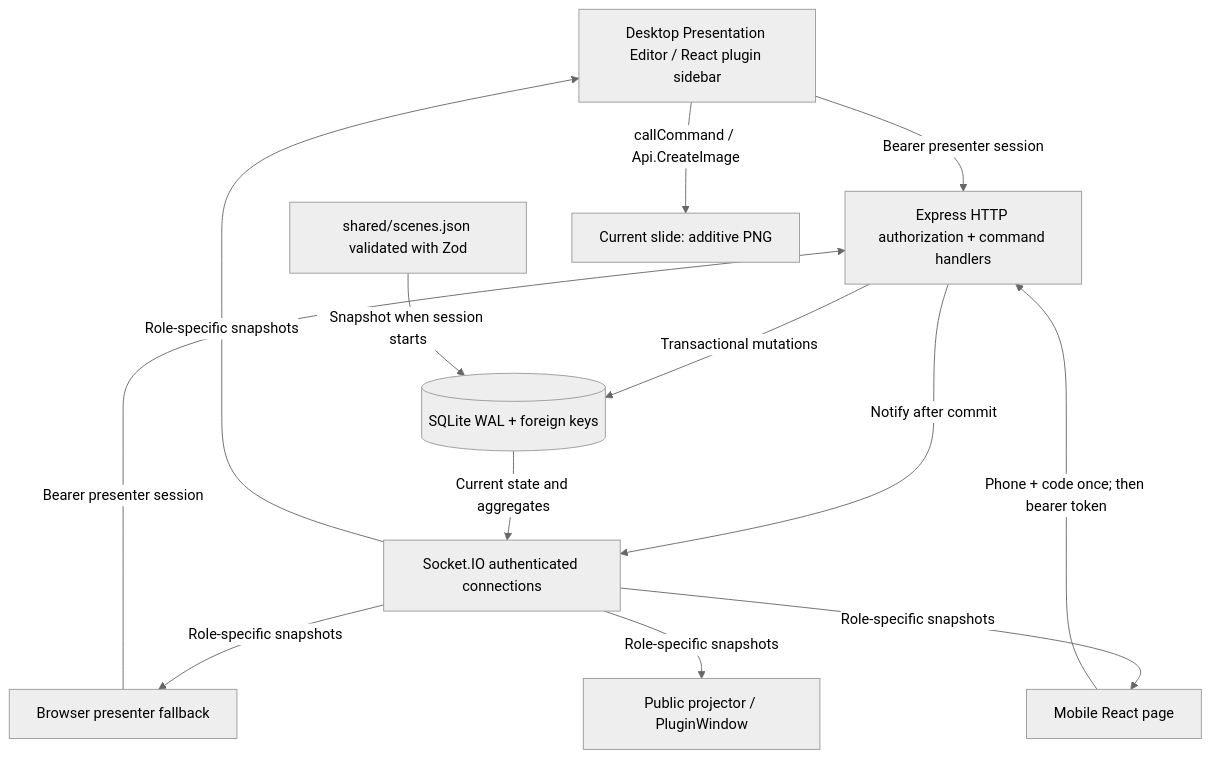
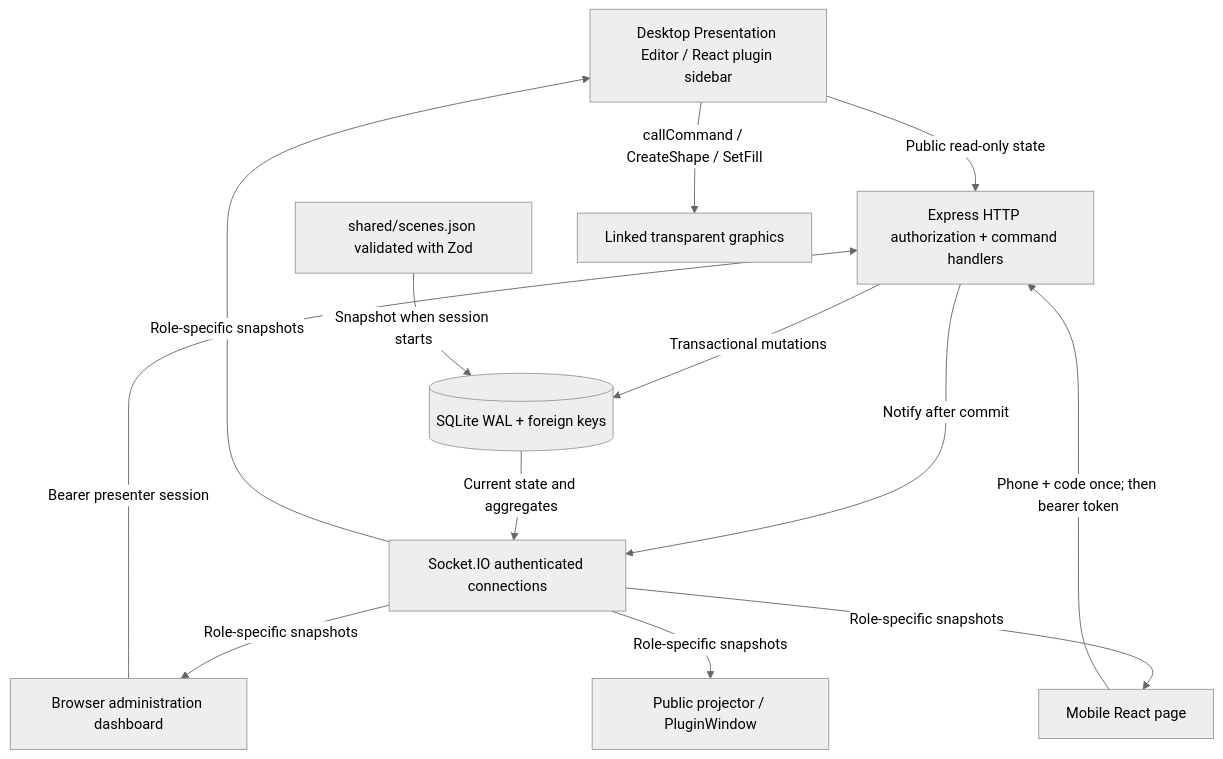
The first of 2 diagrams in docs/ARCHITECTURE.md (Q-SiO2/onlyoffice-plugin), drawn with Mermaid (neutral theme) before and after one commit. The commit also changed other lines of this file and 27 other files, not shown here.

Commit message:
Make the editor a read-only tray of linked slide graphics

````diff
--- a/docs/ARCHITECTURE.md
+++ b/docs/ARCHITECTURE.md
@@ -3,20 +3,20 @@
 ```mermaid
 flowchart TB
   Plugin[Desktop Presentation Editor / React plugin sidebar]
-  Presenter[Browser presenter fallback]
+  Presenter[Browser administration dashboard]
   Phone[Mobile React page]
   Display[Public projector / PluginWindow]
   API[Express HTTP authorization + command handlers]
   RT[Socket.IO authenticated connections]
   DB[(SQLite WAL + foreign keys)]
   Config[shared/scenes.json validated with Zod]
-  Plugin -->|Bearer presenter session| API
+  Plugin -->|Public read-only state| API
   Presenter -->|Bearer presenter session| API
   Phone -->|Phone + code once; then bearer token| API
   API -->|Transactional mutations| DB
   Config -->|Snapshot when session starts| DB
   API -->|Notify after commit| RT
   DB -->|Current state and aggregates| RT
   RT -->|Role-specific snapshots| Plugin & Presenter & Phone & Display
-  Plugin -->|callCommand / Api.CreateImage| Slide[Current slide: additive PNG]
+  Plugin -->|callCommand / CreateShape / SetFill| Slide[Linked transparent graphics]
 ```
````
